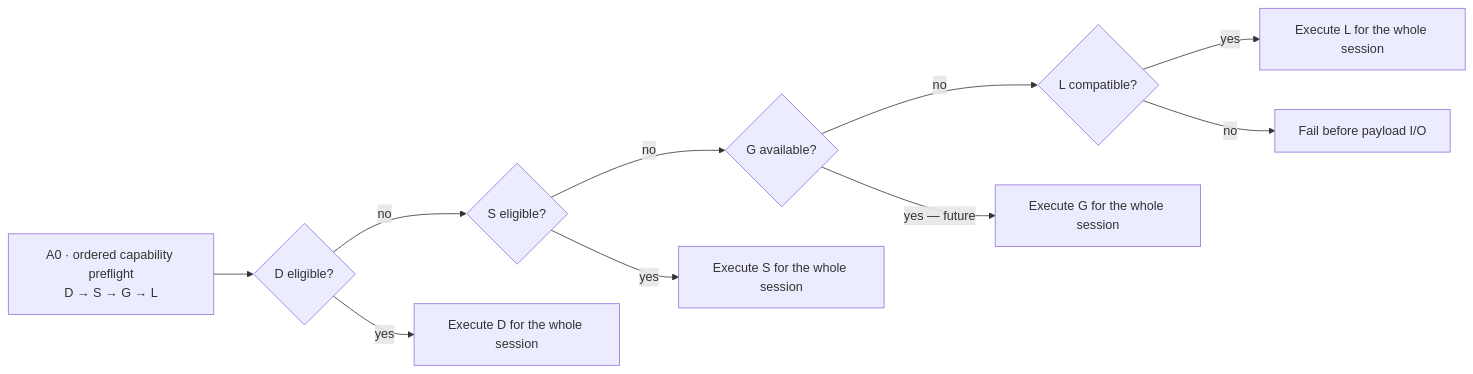
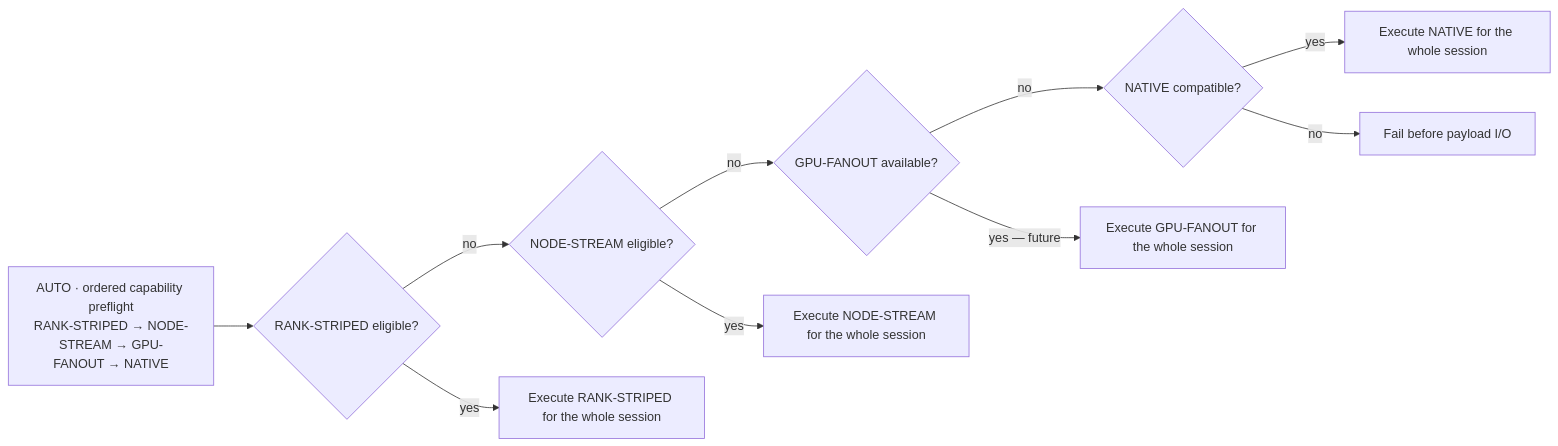
Before and after one commit to chienchunhung/TensorRT-LLM: the fourth of 4 diagrams in docs/design/rank-cooperative-checkpoint-loading/design.md, drawn with Mermaid. The commit also changed other lines of this file and 2 other files, not shown here.

````diff
--- a/docs/design/rank-cooperative-checkpoint-loading/design.md
+++ b/docs/design/rank-cooperative-checkpoint-loading/design.md
@@ -418,18 +484,18 @@
 ```mermaid
 flowchart LR
-    A0["A0 · ordered capability preflight<br/>D → S → G → L"]
-    DQ{"D eligible?"}
-    SQ{"S eligible?"}
-    GQ{"G available?"}
-    LQ{"L compatible?"}
+    AUTO["AUTO · ordered capability preflight<br/>RANK-STRIPED → NODE-STREAM → GPU-FANOUT → NATIVE"]
+    RQ{"RANK-STRIPED eligible?"}
+    NQ{"NODE-STREAM eligible?"}
+    GQ{"GPU-FANOUT available?"}
+    BQ{"NATIVE compatible?"}
 
-    A0 --> DQ
-    DQ -->|"yes"| D["Execute D for the whole session"]
-    DQ -->|"no"| SQ
-    SQ -->|"yes"| S["Execute S for the whole session"]
-    SQ -->|"no"| GQ
-    GQ -->|"yes — future"| G["Execute G for the whole session"]
-    GQ -->|"no"| LQ
-    LQ -->|"yes"| L["Execute L for the whole session"]
-    LQ -->|"no"| F["Fail before payload I/O"]
+    AUTO --> RQ
+    RQ -->|"yes"| R["Execute RANK-STRIPED for the whole session"]
+    RQ -->|"no"| NQ
+    NQ -->|"yes"| N["Execute NODE-STREAM for the whole session"]
+    NQ -->|"no"| GQ
+    GQ -->|"yes — future"| G["Execute GPU-FANOUT for the whole session"]
+    GQ -->|"no"| BQ
+    BQ -->|"yes"| B["Execute NATIVE for the whole session"]
+    BQ -->|"no"| F["Fail before payload I/O"]
 ```
````
